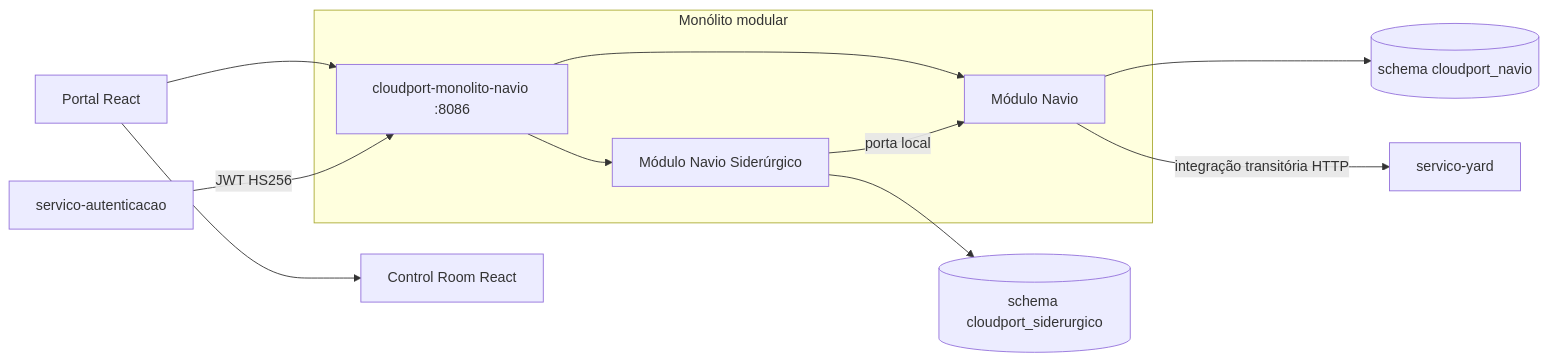
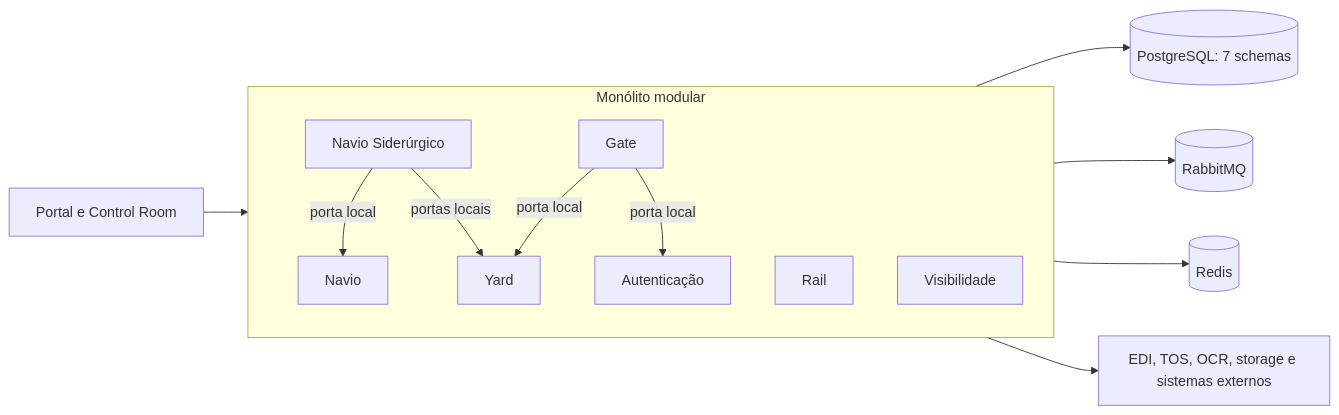
The diagram in README.md (diogo2806/CloudPort), drawn with Mermaid before and after one commit. The commit also changed other lines of this file, not shown here.

Commit message:
docs: atualizar estado do monólito modular

````diff
--- a/README.md
+++ b/README.md
@@ -38,16 +36,24 @@
 ```mermaid
 flowchart LR
-    FE[Portal React] --> API[cloudport-monolito-navio :8086]
-    FE --> CR[Control Room React]
+    FE[Portal e Control Room] --> API[cloudport-monolito :8086]
 
-    subgraph MONOLITO[Monólito modular]
-        API --> NAVIO[Módulo Navio]
-        API --> SIDERURGICO[Módulo Navio Siderúrgico]
-        SIDERURGICO -->|porta local| NAVIO
+    subgraph API[Monólito modular]
+        AUTH[Autenticação]
+        GATE[Gate]
+        RAIL[Rail]
+        YARD[Yard]
+        NAVIO[Navio]
+        SID[Navio Siderúrgico]
+        VIS[Visibilidade]
+
+        SID -->|porta local| NAVIO
+        SID -->|portas locais| YARD
+        GATE -->|porta local| YARD
+        GATE -->|porta local| AUTH
     end
 
-    NAVIO --> DBN[(schema cloudport_navio)]
-    SIDERURGICO --> DBS[(schema cloudport_siderurgico)]
-    NAVIO -->|integração transitória HTTP| YARD[servico-yard]
-    AUTH[servico-autenticacao] -->|JWT HS256| API
+    API --> PG[(PostgreSQL: 7 schemas)]
+    API --> MQ[(RabbitMQ)]
+    API --> REDIS[(Redis)]
+    API --> EXT[EDI, TOS, OCR, storage e sistemas externos]
 ```
````
